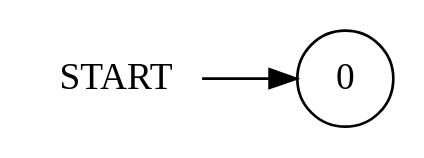
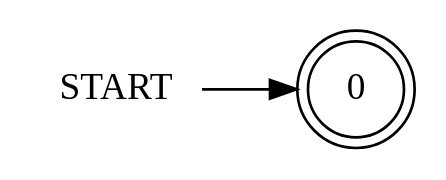
Before and after one commit to Double-oxygeN/RegExp2DFA: the diagram in examples/epsilon.dot, drawn with Graphviz. The commit also changed 12 other files, not shown here.

```diff
--- a/examples/epsilon.dot
+++ b/examples/epsilon.dot
@@ -1,6 +1,8 @@
 digraph {
   graph [rankdir=LR];
+
   START [shape=plaintext];
+
   START -> q_0;
-  q_0 [shape=circle, label="0"];
+  q_0 [shape=doublecircle, label="0"];
 }
```
